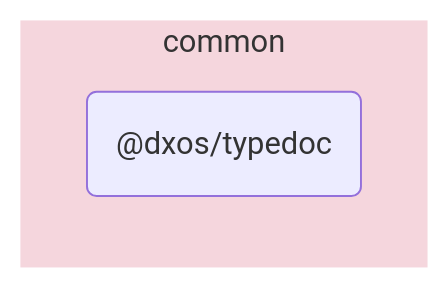
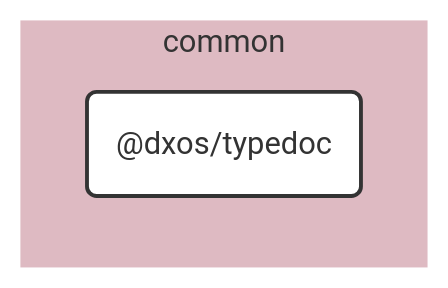
One commit to dxos/dxos changed the diagram in packages/common/typedoc/docs/README.md. Above: the diagram before and after it, drawn with Mermaid. The commit also changed other lines of this file and 109 other files, not shown here.

````diff
--- a/packages/common/typedoc/docs/README.md
+++ b/packages/common/typedoc/docs/README.md
@@ -5,9 +7,25 @@
 ```mermaid
-flowchart LR;
+%%{ init: {'flowchart':{'curve':'basis'}} }%%
 
+flowchart LR
+
+%% Links
+
+%% Sections
 subgraph common
-  style common fill:#f5d6dd,stroke:#fff;
-  dxos/typedoc("@dxos/typedoc");
+  style common fill:#debac2,stroke:#fff;
+
+  dxos/typedoc("@dxos/typedoc")
 end
 
+
+%% Hyperlinks
+
+%% Styles
+classDef rootNode fill:#fff,stroke:#333,stroke-width:2px
+classDef defaultNode fill:#fff,stroke:#333,stroke-width:1px
+linkStyle default stroke:#333,stroke-width:1px
+
+dxos/typedoc:::rootNode
+
 ```
````
